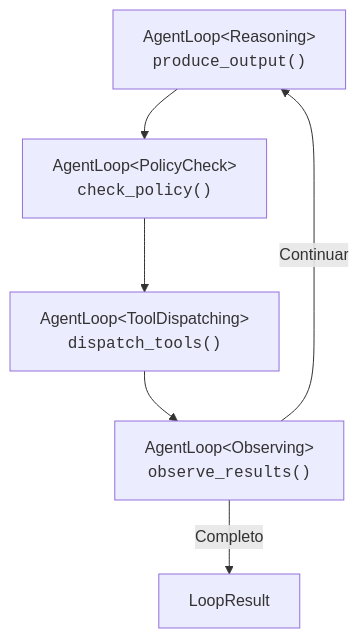
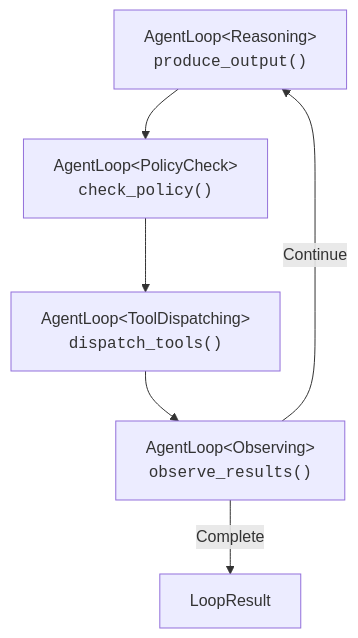
Before and after one commit to ThirdKeyAI/Symbiont: the diagram in docs/reasoning-loop.pt.md, drawn with Mermaid. The commit also changed other lines of this file and 76 other files, not shown here.

````diff
--- a/docs/reasoning-loop.pt.md
+++ b/docs/reasoning-loop.pt.md
@@ -137,14 +137,14 @@
 ```mermaid
 graph TD
     R["AgentLoop&lt;Reasoning&gt;<br/><code>produce_output()</code>"]
     P["AgentLoop&lt;PolicyCheck&gt;<br/><code>check_policy()</code>"]
     T["AgentLoop&lt;ToolDispatching&gt;<br/><code>dispatch_tools()</code>"]
     O["AgentLoop&lt;Observing&gt;<br/><code>observe_results()</code>"]
     LR["LoopResult"]
 
     R --> P
     P --> T
     T --> O
-    O -->|Continuar| R
-    O -->|Completo| LR
+    O -->|Continue| R
+    O -->|Complete| LR
 ```
````
